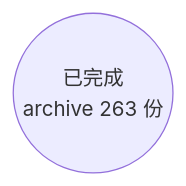
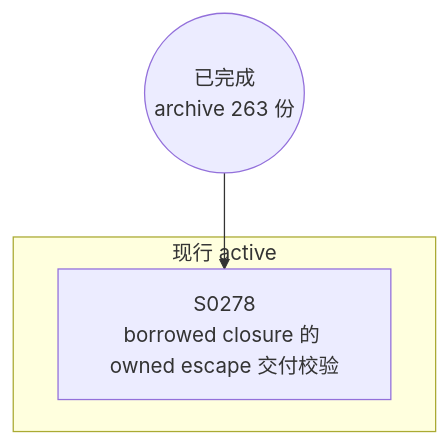
Before and after one commit to Halckon/Koven: the diagram in docs/specs/dependency-graph.md, drawn with Mermaid. The commit also changed other lines of this file and 12 other files, not shown here.

Commit message:
docs(spec): define borrowed closure escape guard and retain fail-first evidence (SPEC-0278)

````diff
--- a/docs/specs/dependency-graph.md
+++ b/docs/specs/dependency-graph.md
@@ -9,4 +9,8 @@
 ```mermaid
 flowchart TD
 ARCH(("已完成<br/>archive 263 份"))
+subgraph Gactive["现行 active"]
+  S0278["S0278<br/>borrowed closure 的 owned escape 交付校验"]
+end
+ARCH --> S0278
 ```
````
